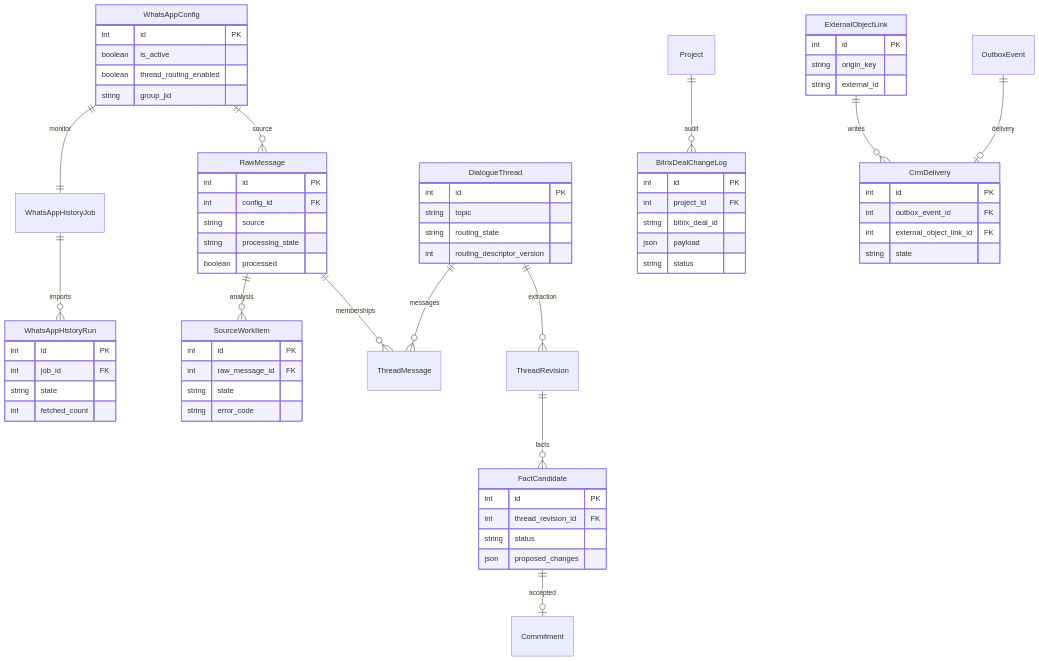
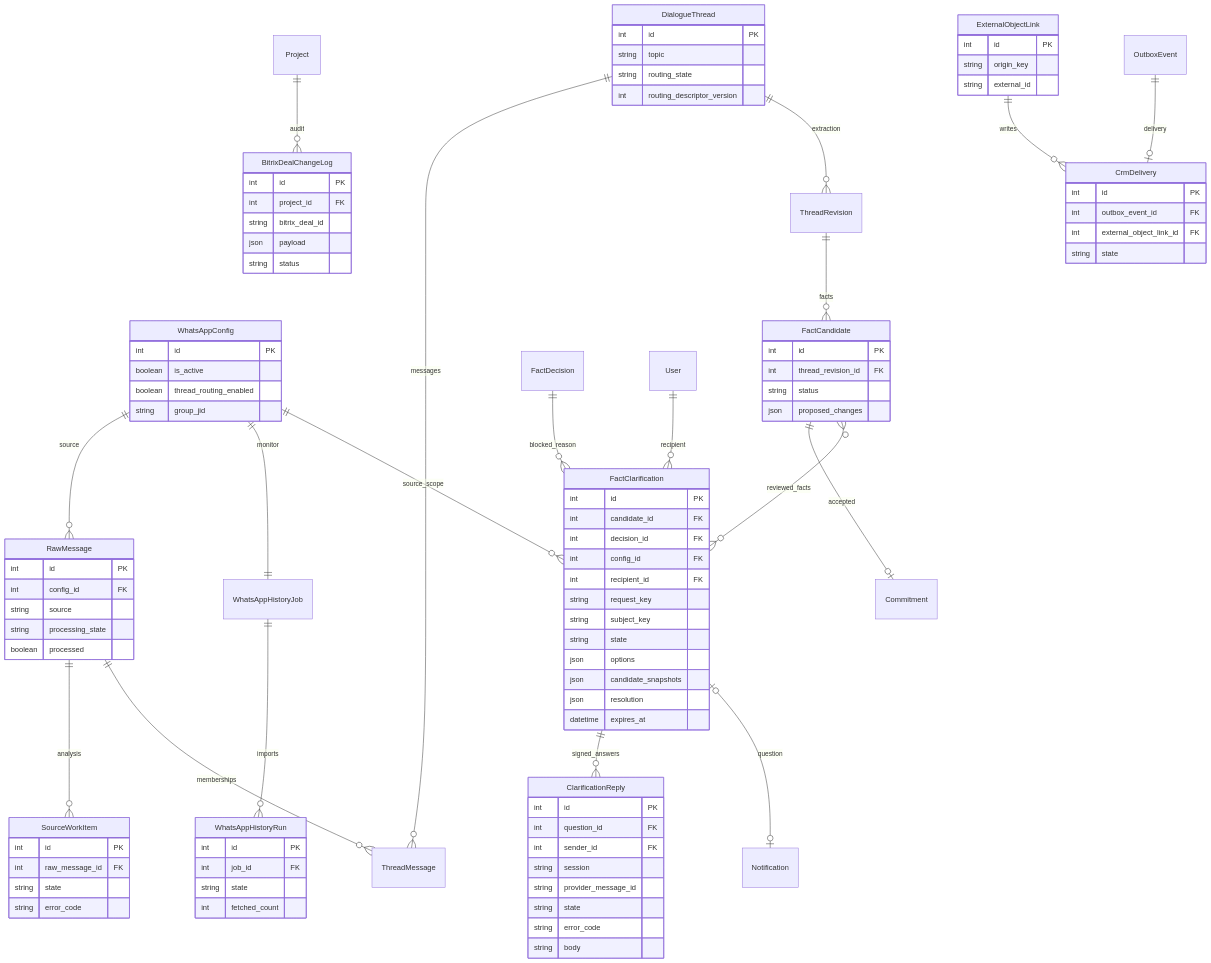
One commit to envOnion/kz-mazory changed the first of 2 diagrams in specs/task_2026-10-13_21-59-19_MSK.md. Above: the diagram before and after it, drawn with Mermaid. The commit also changed other lines of this file and 23 other files, not shown here.

Commit message:
Ask WhatsApp CRM clarification questions and apply verified replies

````diff
--- a/specs/task_2026-10-13_21-59-19_MSK.md
+++ b/specs/task_2026-10-13_21-59-19_MSK.md
@@ -6,24 +6,32 @@
 ```mermaid
 erDiagram
     WhatsAppConfig ||--o{ RawMessage : source
     WhatsAppConfig ||--|| WhatsAppHistoryJob : monitor
     WhatsAppHistoryJob ||--o{ WhatsAppHistoryRun : imports
     RawMessage ||--o{ SourceWorkItem : analysis
     RawMessage ||--o{ ThreadMessage : memberships
     DialogueThread ||--o{ ThreadMessage : messages
     DialogueThread ||--o{ ThreadRevision : extraction
     ThreadRevision ||--o{ FactCandidate : facts
     FactCandidate ||--o| Commitment : accepted
+    FactCandidate }o--o{ FactClarification : reviewed_facts
+    FactDecision ||--o{ FactClarification : blocked_reason
+    WhatsAppConfig ||--o{ FactClarification : source_scope
+    User ||--o{ FactClarification : recipient
+    FactClarification ||--o{ ClarificationReply : signed_answers
+    FactClarification |o--o| Notification : question
     Project ||--o{ BitrixDealChangeLog : audit
     ExternalObjectLink ||--o{ CrmDelivery : writes
     OutboxEvent ||--o| CrmDelivery : delivery
     WhatsAppConfig { int id PK boolean is_active boolean thread_routing_enabled string group_jid }
     RawMessage { int id PK int config_id FK string source string processing_state boolean processed }
     DialogueThread { int id PK string topic string routing_state int routing_descriptor_version }
     FactCandidate { int id PK int thread_revision_id FK string status json proposed_changes }
     WhatsAppHistoryRun { int id PK int job_id FK string state int fetched_count }
     SourceWorkItem { int id PK int raw_message_id FK string state string error_code }
     BitrixDealChangeLog { int id PK int project_id FK string bitrix_deal_id json payload string status }
     ExternalObjectLink { int id PK string origin_key string external_id }
     CrmDelivery { int id PK int outbox_event_id FK int external_object_link_id FK string state }
+    FactClarification { int id PK int candidate_id FK int decision_id FK int config_id FK int recipient_id FK string request_key string subject_key string state json options json candidate_snapshots json resolution datetime expires_at }
+    ClarificationReply { int id PK int question_id FK int sender_id FK string session string provider_message_id string state string error_code string body }
 ```
````
